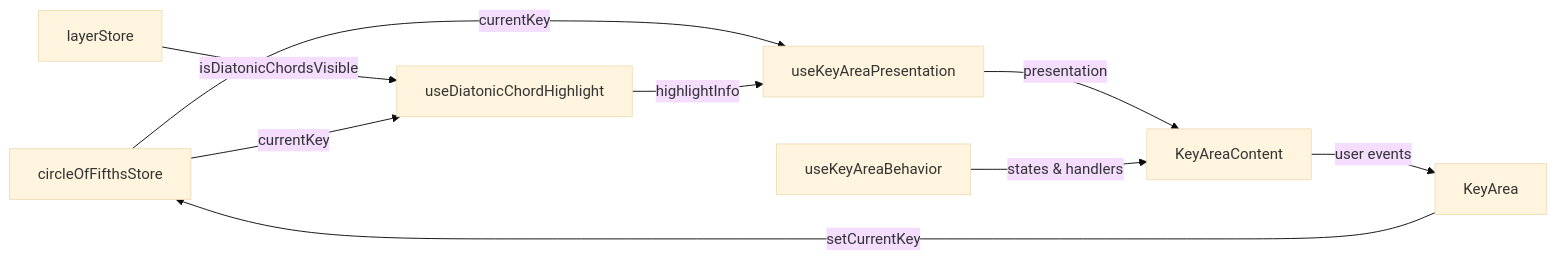
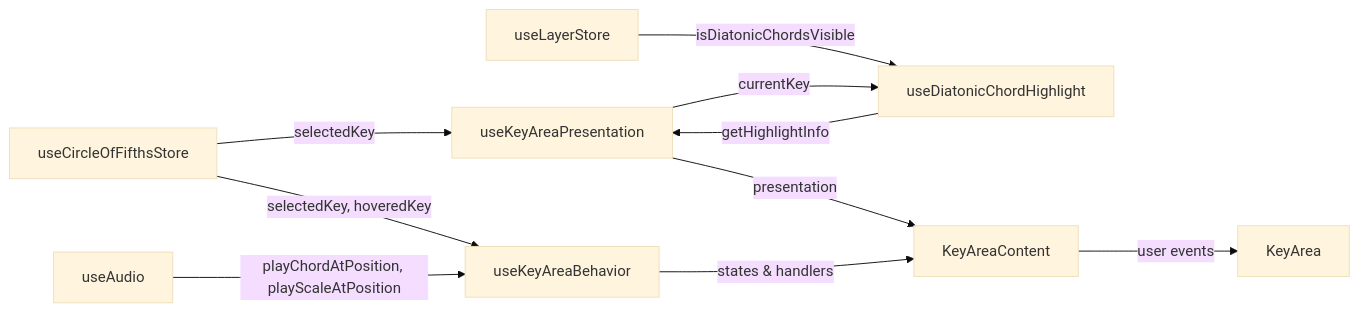
One commit to endo-ava/music-theory-app changed the second of 2 diagrams in src/features/circle-of-fifths/README.md. Above: the diagram before and after it, drawn with Mermaid (base theme). The commit also changed other lines of this file and 20 other files, not shown here.

First line of the commit message:
refactor: optimize Circle of Fifths architecture and add SSR support

````diff
--- a/src/features/circle-of-fifths/README.md
+++ b/src/features/circle-of-fifths/README.md
@@ -59,11 +70,13 @@
 ```mermaid
 flowchart LR
-    A[circleOfFifthsStore] -->|currentKey| B[useKeyAreaPresentation]
-    C[layerStore] -->|isDiatonicChordsVisible| D[useDiatonicChordHighlight]
-    A -->|currentKey| D
-    D -->|highlightInfo| B
-    B -->|presentation| E[KeyAreaContent]
-    F[useKeyAreaBehavior] -->|states & handlers| E
-    E -->|user events| G[KeyArea]
-    G -->|setCurrentKey| A
+    A[useCircleOfFifthsStore] -->|selectedKey, hoveredKey| B[useKeyAreaBehavior]
+    A -->|selectedKey| C[useKeyAreaPresentation]
+    D[useLayerStore] -->|isDiatonicChordsVisible| E[useDiatonicChordHighlight]
+    C -->|currentKey| E
+    E -->|getHighlightInfo| C
+    C -->|presentation| F[KeyAreaContent]
+    B -->|states & handlers| F
+    G[useAudio] -->|playChordAtPosition, playScaleAtPosition| B
+    F -->|user events| H[KeyArea]
+
 ```
````
